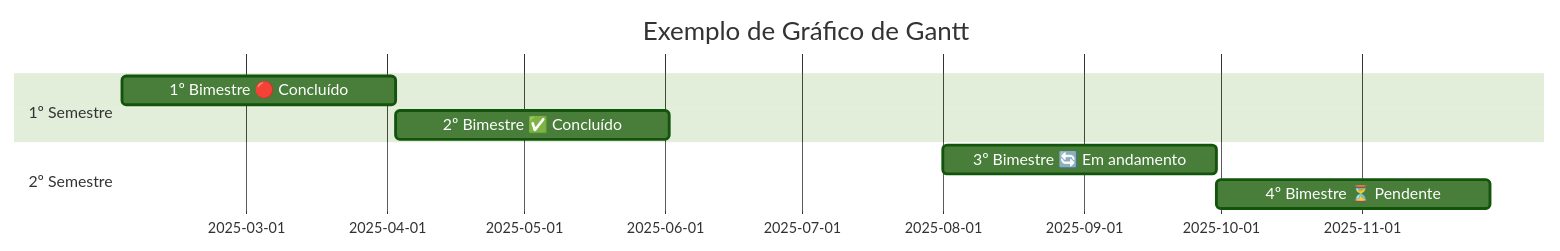
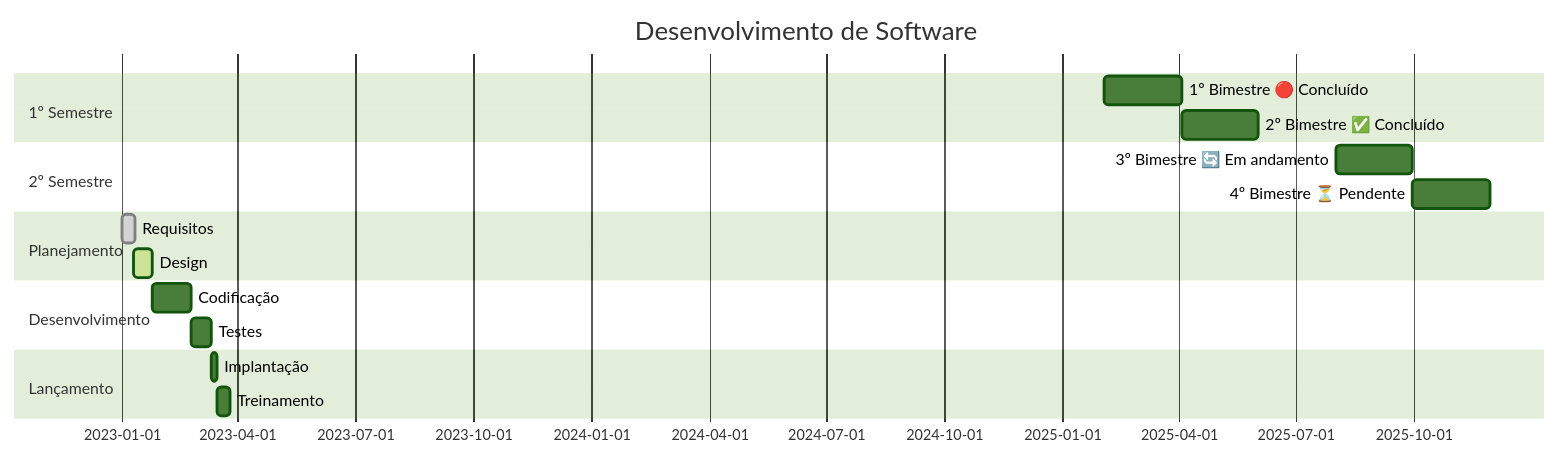
The first of 3 diagrams in README.md (ramtrigodev/grafico_gant), drawn with Mermaid (forest theme) before and after one commit.

````diff
--- a/README.md
+++ b/README.md
@@ -2,17 +2,32 @@
 ```mermaid
     gantt
     title Exemplo de Gráfico de Gantt
     dateFormat  YYYY-MM-DD
 
     section 1º Semestre
     1º Bimestre 🔴 Concluído       :a1, 2025-02-02, 60d
     2º Bimestre ✅ Concluído       :a2, after a1, 60d
 
     section 2º Semestre
     3º Bimestre 🔄 Em andamento    :a3, 2025-08-01, 60d
     4º Bimestre ⏳ Pendente        :a4, after a3, 60d
 
+    title Desenvolvimento de Software
+    dateFormat  YYYY-MM-DD
+    
+    section Planejamento
+    Requisitos      :done, req, 2023-01-01, 10d
+    Design          :active, des, 2023-01-10, 15d
+    
+    section Desenvolvimento
+    Codificação     :dev, 2023-01-25, 30d
+    Testes          :test, after dev, 15d
+    
+    section Lançamento
+    Implantação     :dep, after test, 5d
+    Treinamento     :tra, after dep, 10d
+
 
 
   
 ```
````
